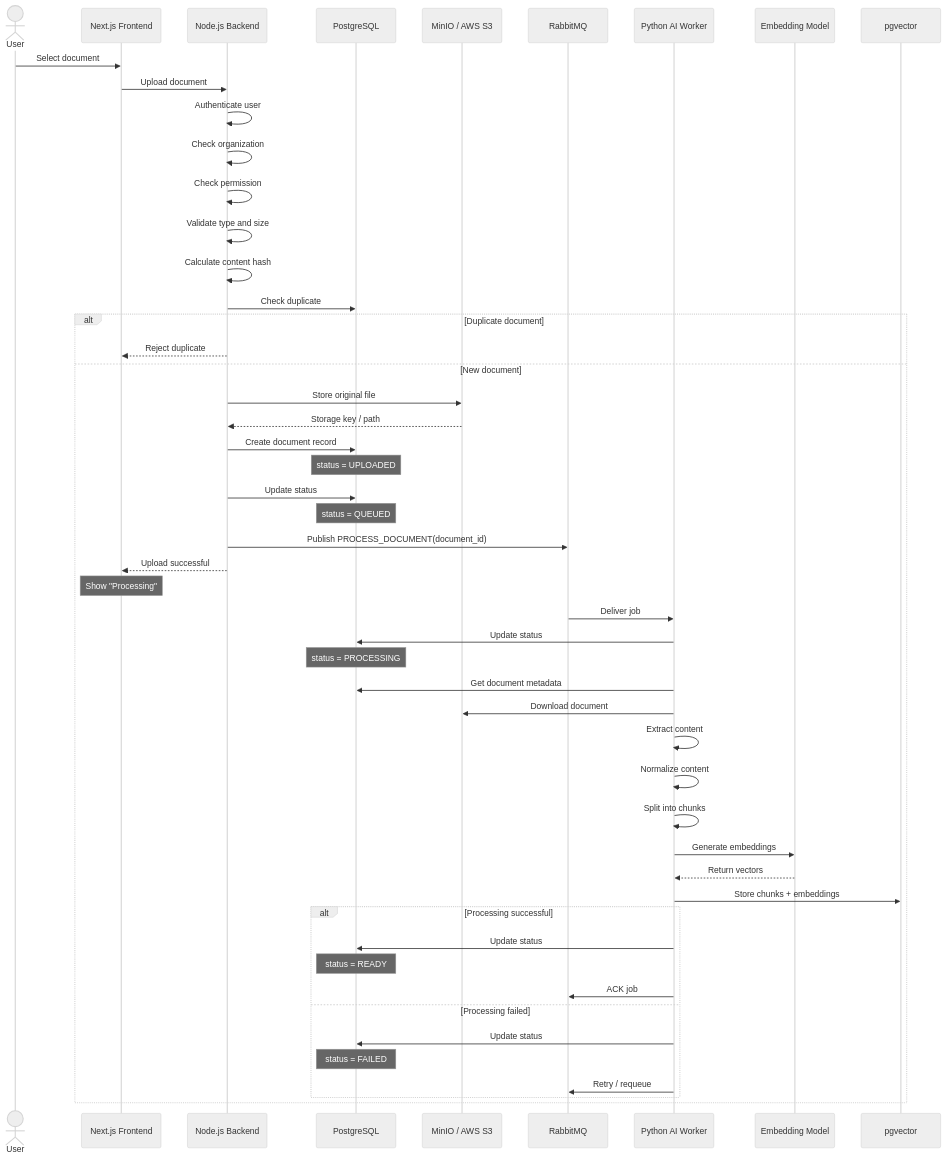
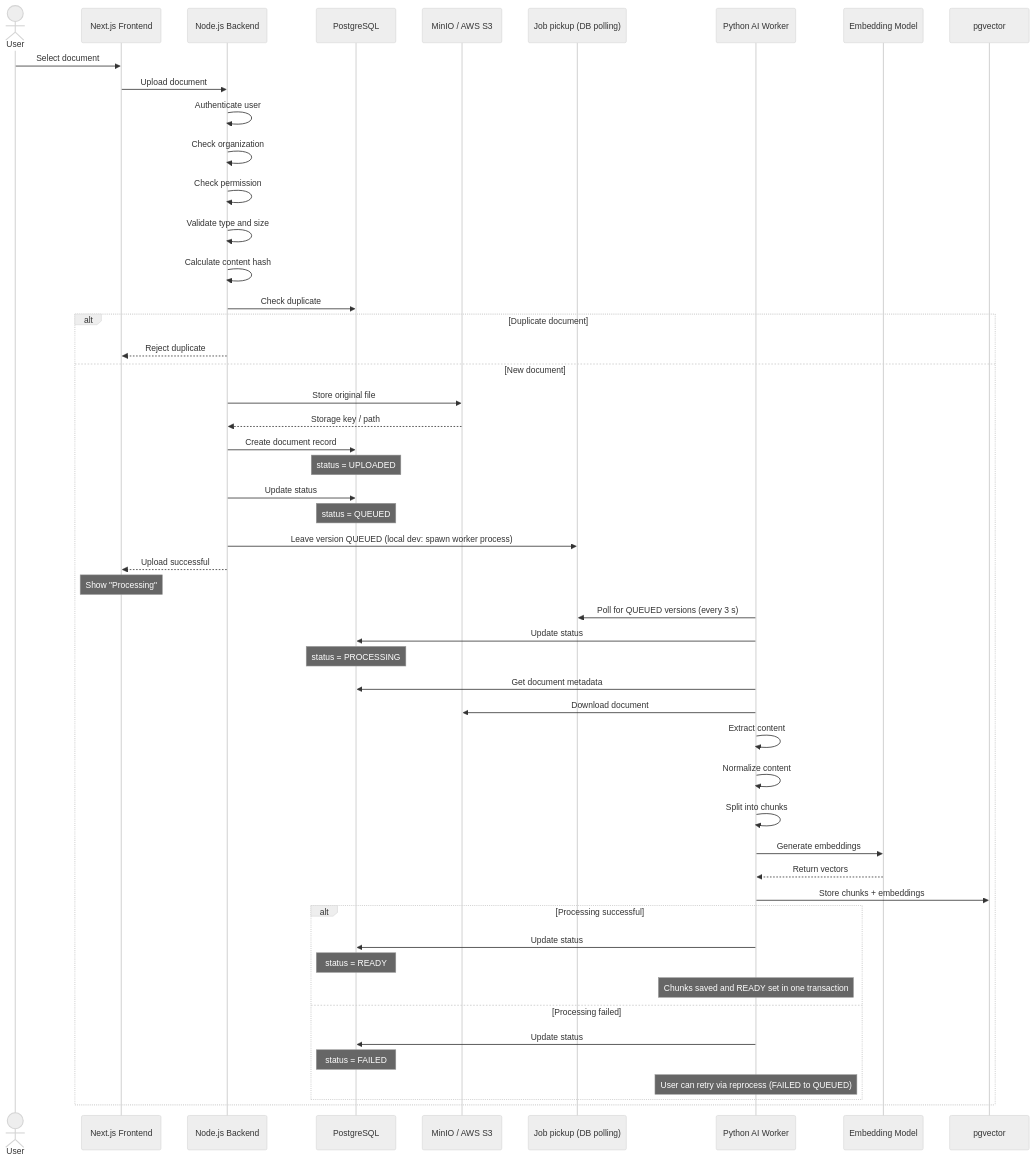
One commit to MohsinAli-2000/AI-Powered-Workspace changed the second of 3 diagrams in docs/architecture/system-architecture.md. Above: the diagram before and after it, drawn with Mermaid (neutral theme). The commit also changed other lines of this file and 9 other files, not shown here.

````diff
--- a/docs/architecture/system-architecture.md
+++ b/docs/architecture/system-architecture.md
@@ -210,70 +216,70 @@
 ```mermaid
 sequenceDiagram
     actor User
     participant FE as Next.js Frontend
     participant API as Node.js Backend
     participant DB as PostgreSQL
     participant Storage as MinIO / AWS S3
-    participant Queue as RabbitMQ
+    participant Queue as Job pickup (DB polling)
     participant Worker as Python AI Worker
     participant Model as Embedding Model
     participant Vector as pgvector
 
     User->>FE: Select document
     FE->>API: Upload document
 
     API->>API: Authenticate user
     API->>API: Check organization
     API->>API: Check permission
     API->>API: Validate type and size
     API->>API: Calculate content hash
 
     API->>DB: Check duplicate
 
     alt Duplicate document
         API-->>FE: Reject duplicate
     else New document
         API->>Storage: Store original file
         Storage-->>API: Storage key / path
 
         API->>DB: Create document record
         Note over DB: status = UPLOADED
 
         API->>DB: Update status
         Note over DB: status = QUEUED
 
-        API->>Queue: Publish PROCESS_DOCUMENT(document_id)
+        API->>Queue: Leave version QUEUED (local dev: spawn worker process)
 
         API-->>FE: Upload successful
         Note over FE: Show "Processing"
 
-        Queue->>Worker: Deliver job
+        Worker->>Queue: Poll for QUEUED versions (every 3 s)
 
         Worker->>DB: Update status
         Note over DB: status = PROCESSING
 
         Worker->>DB: Get document metadata
         Worker->>Storage: Download document
 
         Worker->>Worker: Extract content
         Worker->>Worker: Normalize content
         Worker->>Worker: Split into chunks
 
         Worker->>Model: Generate embeddings
         Model-->>Worker: Return vectors
 
         Worker->>Vector: Store chunks + embeddings
 
         alt Processing successful
             Worker->>DB: Update status
             Note over DB: status = READY
 
-            Worker->>Queue: ACK job
+            Note over Worker: Chunks saved and READY set in one transaction
         else Processing failed
             Worker->>DB: Update status
             Note over DB: status = FAILED
 
-            Worker->>Queue: Retry / requeue
+            Note over Worker: User can retry via reprocess (FAILED to QUEUED)
         end
     end
 ```
````
